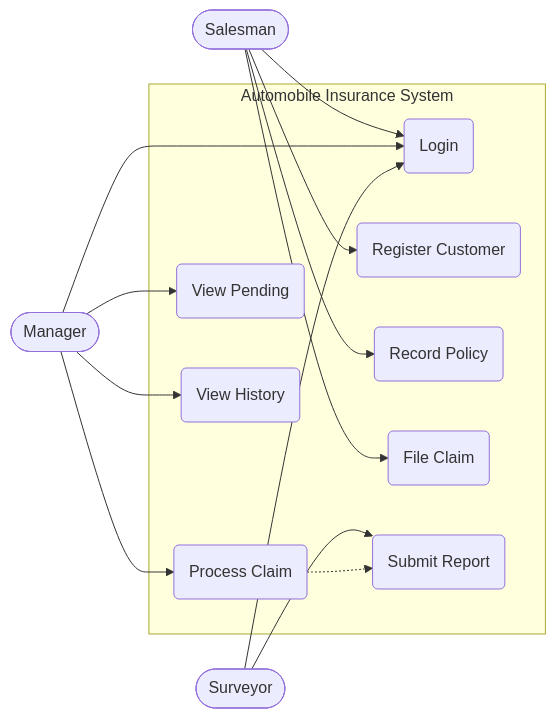
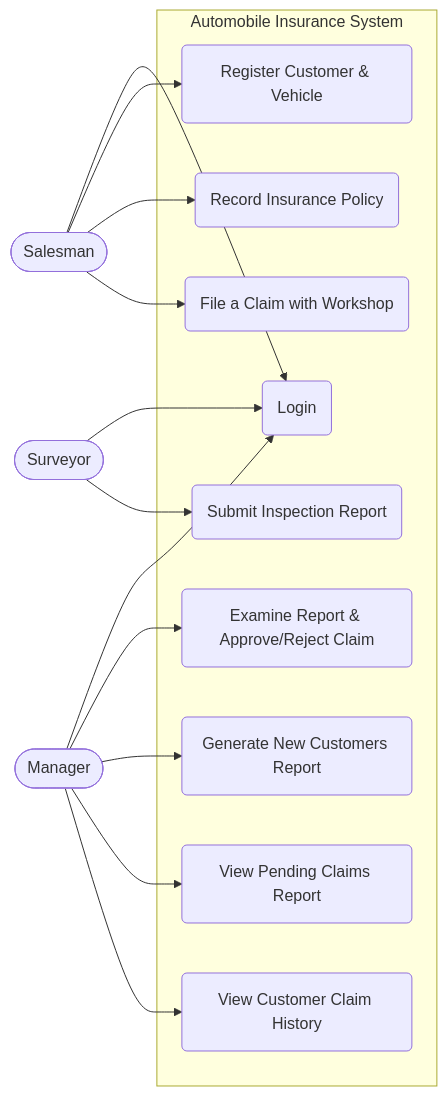
The first of 2 diagrams in README.md (hamzatayyab431-hub/-Automobile-Insurance-System), drawn with Mermaid before and after one commit. The commit also changed other lines of this file, not shown here.

Commit message:
Update use case and class diagrams in README

````diff
--- a/README.md
+++ b/README.md
@@ -38,33 +36,33 @@
 ```mermaid
 flowchart LR
     Manager([Manager])
     Salesman([Salesman])
     Surveyor([Surveyor])
 
     subgraph System [Automobile Insurance System]
         UC1(Login)
-        UC2(Register Customer)
-        UC3(Record Policy)
-        UC4(File Claim)
-        UC5(Submit Report)
-        UC6(Process Claim)
-        UC7(View Pending)
-        UC8(View History)
+        UC2(Register Customer & Vehicle)
+        UC3(Record Insurance Policy)
+        UC4(File a Claim with Workshop)
+        UC5(Submit Inspection Report)
+        UC6(Examine Report & Approve/Reject Claim)
+        UC7(Generate New Customers Report)
+        UC8(View Pending Claims Report)
+        UC9(View Customer Claim History)
     end
 
     Salesman --> UC1
     Manager --> UC1
     Surveyor --> UC1
 
     Salesman --> UC2
     Salesman --> UC3
     Salesman --> UC4
 
     Surveyor --> UC5
 
     Manager --> UC6
     Manager --> UC7
     Manager --> UC8
-
-    UC6 -.-> UC5
+    Manager --> UC9
 ```
````
